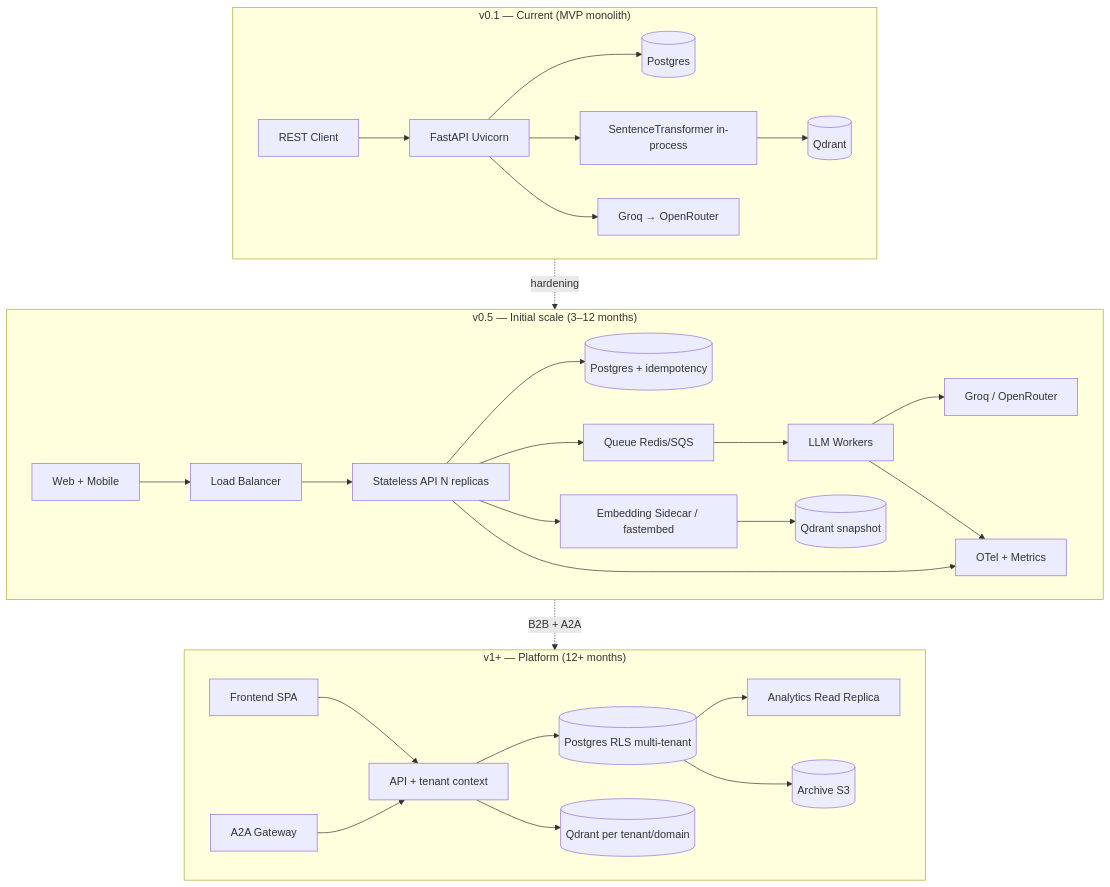
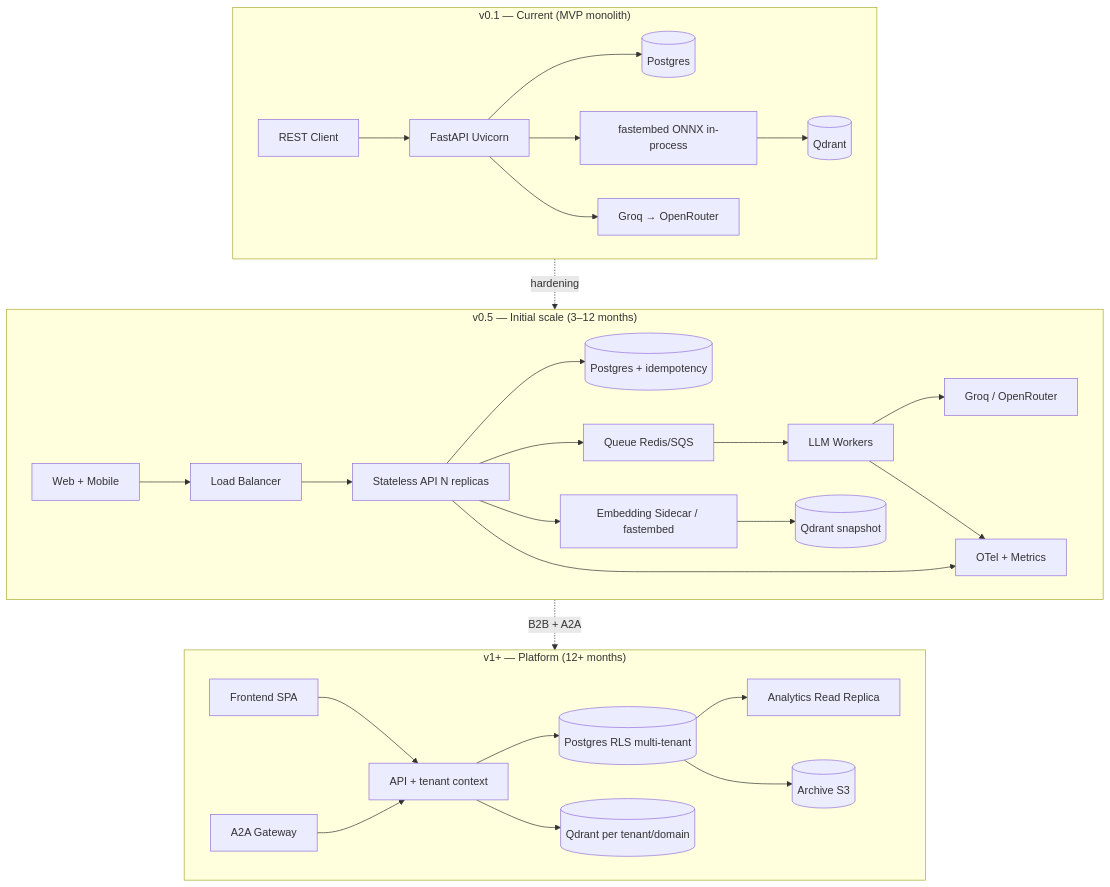
The diagram in docs/technical_roadmap.md (Biazus/interview-agent), drawn with Mermaid before and after one commit. The commit also changed other lines of this file and 20 other files, not shown here.

````diff
--- a/docs/technical_roadmap.md
+++ b/docs/technical_roadmap.md
@@ -181,57 +182,57 @@
 ```mermaid
 flowchart TB
     subgraph v1["v0.1 — Current (MVP monolith)"]
         Client1[REST Client]
         API1[FastAPI Uvicorn]
         PG1[(Postgres)]
         QD1[(Qdrant)]
-        ST1[SentenceTransformer in-process]
+        ST1[fastembed ONNX in-process]
         LLM1[Groq → OpenRouter]
 
         Client1 --> API1
         API1 --> PG1
         API1 --> ST1
         ST1 --> QD1
         API1 --> LLM1
     end
 
     subgraph v2["v0.5 — Initial scale (3–12 months)"]
         Client2[Web + Mobile]
         LB[Load Balancer]
         API2[Stateless API N replicas]
         EMB[Embedding Sidecar / fastembed]
         PG2[(Postgres + idempotency)]
         QD2[(Qdrant snapshot)]
         Q[Queue Redis/SQS]
         W[LLM Workers]
         OTEL[OTel + Metrics]
 
         Client2 --> LB --> API2
         API2 --> PG2
         API2 --> Q
         Q --> W
         W --> LLM2[Groq / OpenRouter]
         API2 --> EMB --> QD2
         API2 & W --> OTEL
     end
 
     subgraph v3["v1+ — Platform (12+ months)"]
         FE[Frontend SPA]
         A2A[A2A Gateway]
         API3[API + tenant context]
         PG3[(Postgres RLS multi-tenant)]
         QD3[(Qdrant per tenant/domain)]
         AN[Analytics Read Replica]
         S3[(Archive S3)]
 
         FE --> API3
         A2A --> API3
         API3 --> PG3
         API3 --> QD3
         PG3 --> AN
         PG3 --> S3
     end
 
     v1 -.->|hardening| v2
     v2 -.->|B2B + A2A| v3
 ```
````
